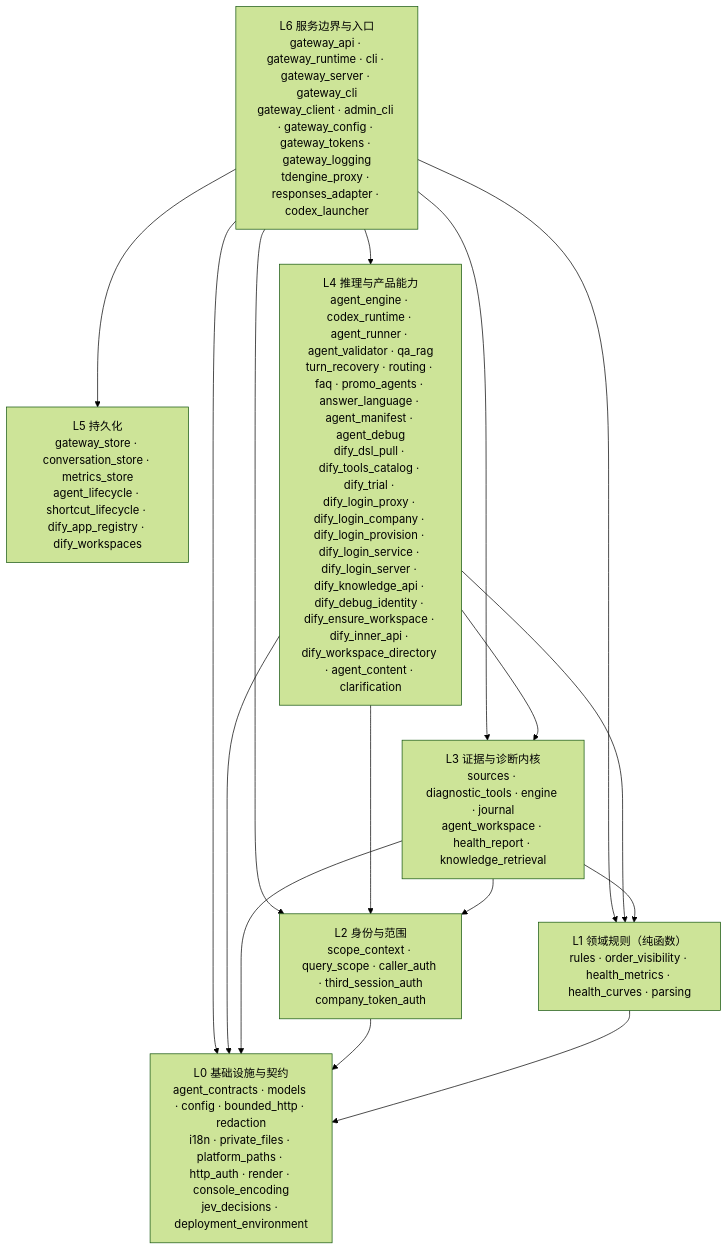
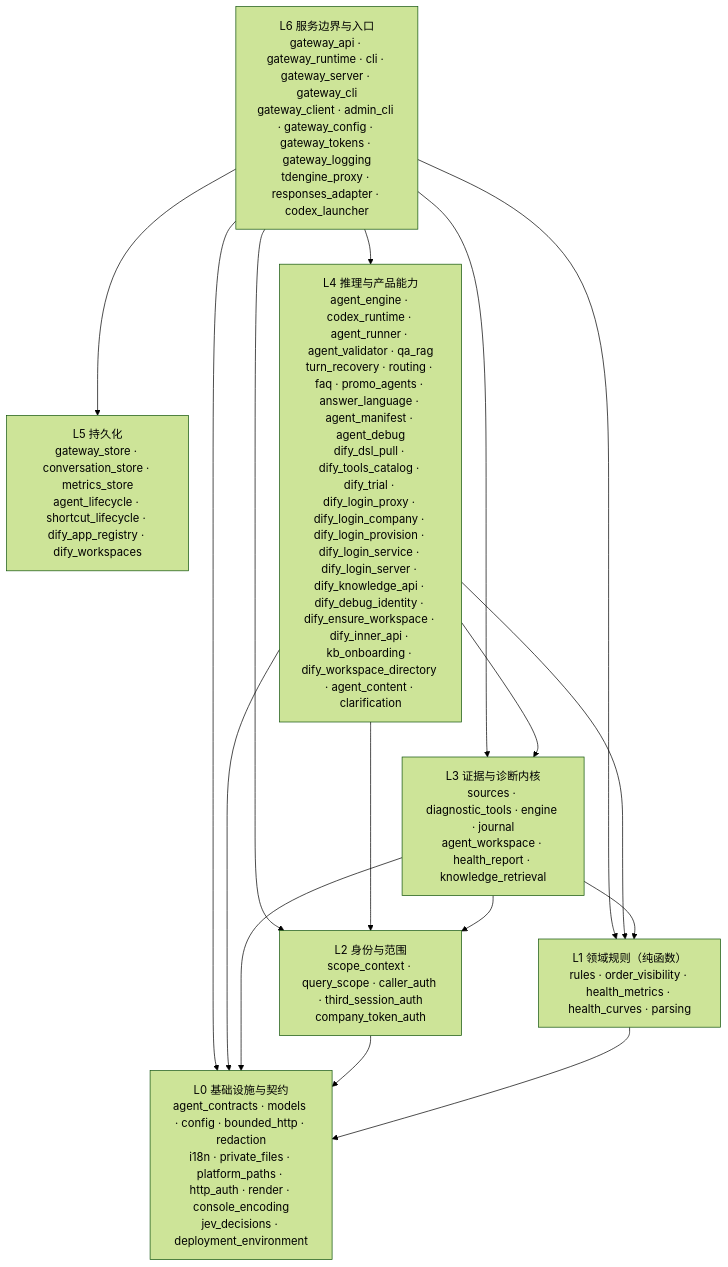
One commit to kilbertert/AI-Ops changed the diagram in README.md. Above: the diagram before and after it, drawn with Mermaid (forest theme). The commit also changed other lines of this file and 9 other files, not shown here.

First line of the commit message:
feat(dify): 开户一次建齐三个对象 —— workspace + RAGFlow 租户 + 模型实例（#924）

````diff
--- a/README.md
+++ b/README.md
@@ -183,26 +183,26 @@
 ```mermaid
 flowchart TB
     L6["L6 服务边界与入口<br/>gateway_api · gateway_runtime · cli · gateway_server · gateway_cli<br/>gateway_client · admin_cli · gateway_config · gateway_tokens · gateway_logging<br/>tdengine_proxy · responses_adapter · codex_launcher"]
     L5["L5 持久化<br/>gateway_store · conversation_store · metrics_store<br/>agent_lifecycle · shortcut_lifecycle · dify_app_registry · dify_workspaces"]
-    L4["L4 推理与产品能力<br/>agent_engine · codex_runtime · agent_runner · agent_validator · qa_rag<br/>turn_recovery · routing · faq · promo_agents · answer_language · agent_manifest · agent_debug<br/>dify_dsl_pull · dify_tools_catalog · dify_trial · dify_login_proxy · dify_login_company · dify_login_provision · dify_login_service · dify_login_server · dify_knowledge_api · dify_debug_identity · dify_ensure_workspace · dify_inner_api · dify_workspace_directory · agent_content · clarification"]
+    L4["L4 推理与产品能力<br/>agent_engine · codex_runtime · agent_runner · agent_validator · qa_rag<br/>turn_recovery · routing · faq · promo_agents · answer_language · agent_manifest · agent_debug<br/>dify_dsl_pull · dify_tools_catalog · dify_trial · dify_login_proxy · dify_login_company · dify_login_provision · dify_login_service · dify_login_server · dify_knowledge_api · dify_debug_identity · dify_ensure_workspace · dify_inner_api · kb_onboarding · dify_workspace_directory · agent_content · clarification"]
     L3["L3 证据与诊断内核<br/>sources · diagnostic_tools · engine · journal<br/>agent_workspace · health_report · knowledge_retrieval"]
     L2["L2 身份与范围<br/>scope_context · query_scope · caller_auth · third_session_auth<br/>company_token_auth"]
     L1["L1 领域规则（纯函数）<br/>rules · order_visibility · health_metrics · health_curves · parsing"]
     L0["L0 基础设施与契约<br/>agent_contracts · models · config · bounded_http · redaction<br/>i18n · private_files · platform_paths · http_auth · render · console_encoding<br/>jev_decisions · deployment_environment"]
 
     L6 --> L5
     L6 --> L4
     L6 --> L3
     L6 --> L2
     L6 --> L1
     L6 --> L0
     L4 --> L3
     L4 --> L2
     L4 --> L1
     L4 --> L0
     L3 --> L2
     L3 --> L1
     L3 --> L0
     L2 --> L0
     L1 --> L0
 ```
````
